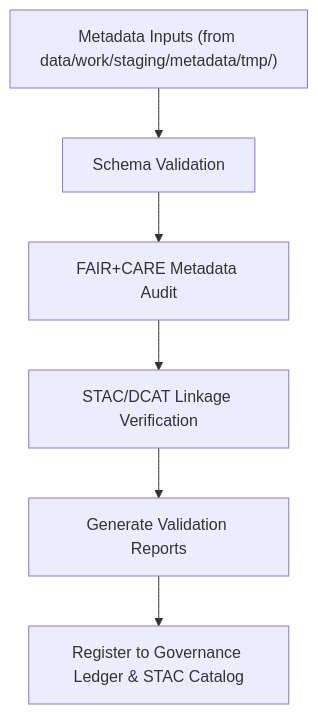
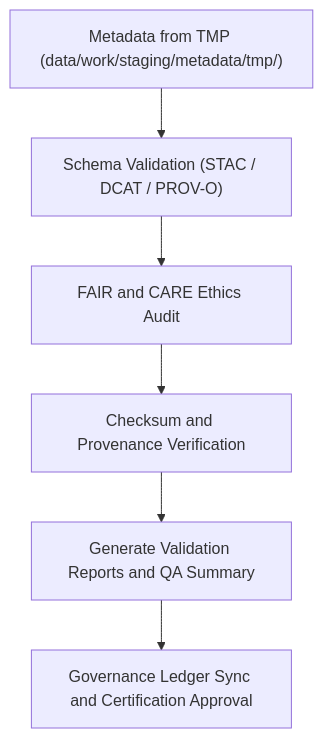
The diagram in data/work/staging/metadata/validation/README.md (bartytime4life/Kansas-Frontier-Matrix), drawn with Mermaid before and after one commit. The commit also changed other lines of this file, not shown here.

First line of the commit message:
Update README for version 9.6.0 and validation metrics

````diff
--- a/data/work/staging/metadata/validation/README.md
+++ b/data/work/staging/metadata/validation/README.md
@@ -66,8 +63,8 @@
 ```mermaid
 flowchart TD
-    A["Metadata Inputs (from data/work/staging/metadata/tmp/)"] --> B["Schema Validation"]
-    B --> C["FAIR+CARE Metadata Audit"]
-    C --> D["STAC/DCAT Linkage Verification"]
-    D --> E["Generate Validation Reports"]
-    E --> F["Register to Governance Ledger & STAC Catalog"]
+    A["Metadata from TMP (data/work/staging/metadata/tmp/)"] --> B["Schema Validation (STAC / DCAT / PROV-O)"]
+    B --> C["FAIR and CARE Ethics Audit"]
+    C --> D["Checksum and Provenance Verification"]
+    D --> E["Generate Validation Reports and QA Summary"]
+    E --> F["Governance Ledger Sync and Certification Approval"]
 ```
````
